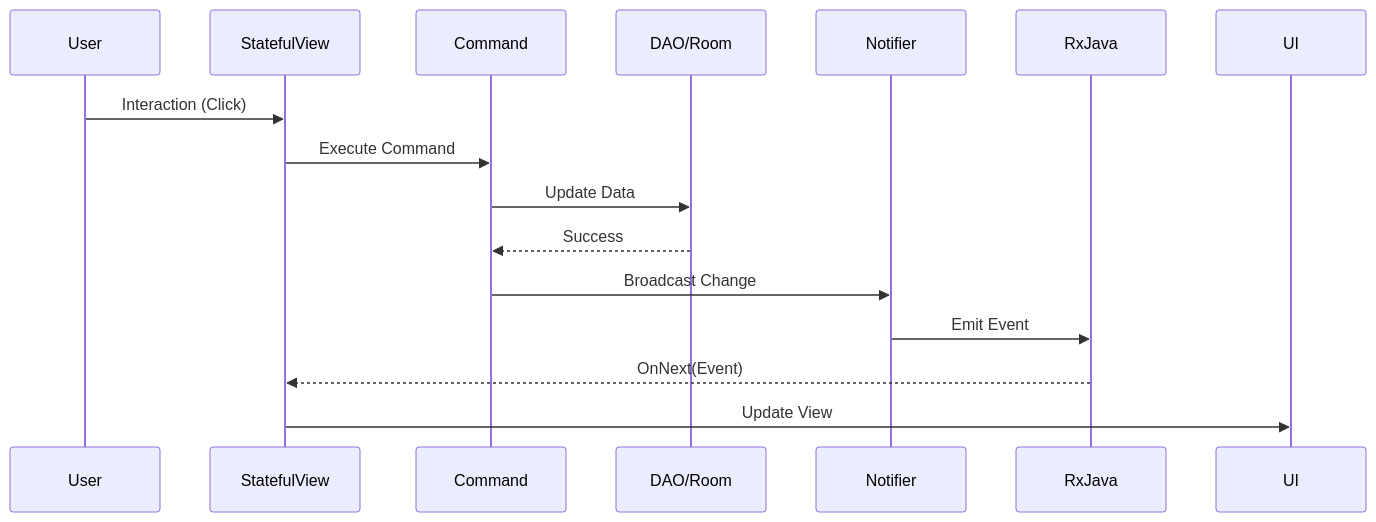
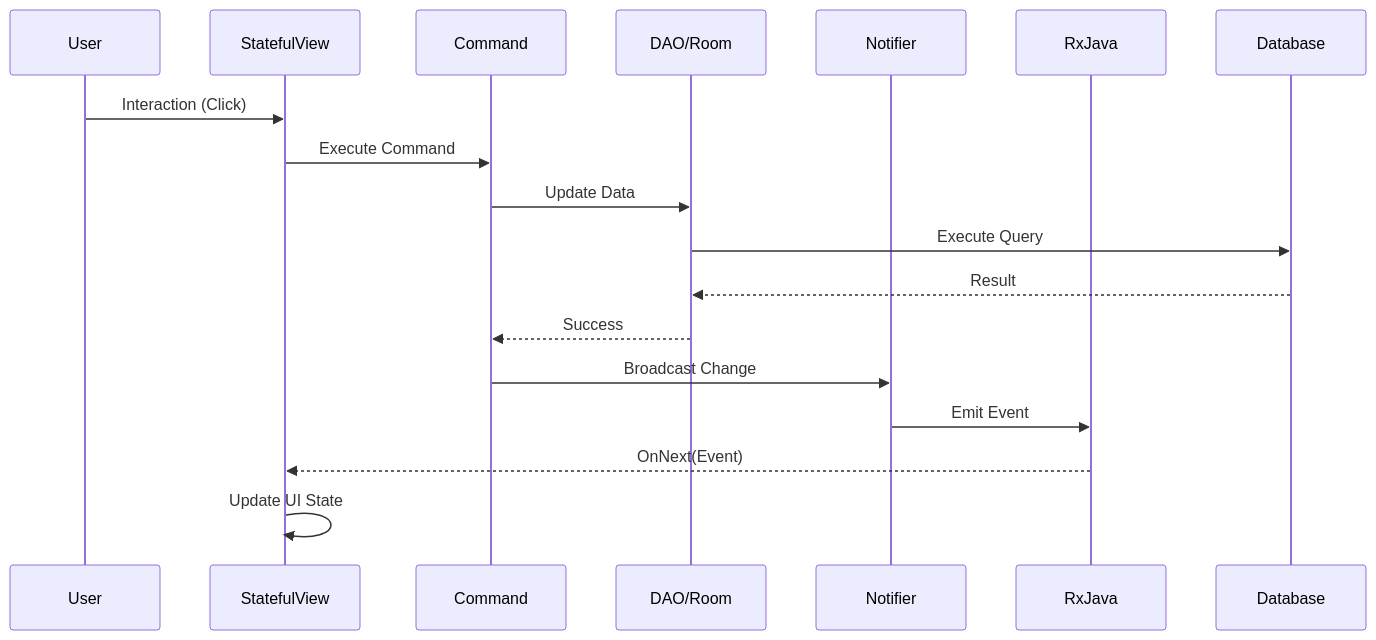
One commit to rh-id/a-flash-deck changed the sixth of 7 diagrams in README.md. Above: the diagram before and after it, drawn with Mermaid. The commit also changed other lines of this file, not shown here.

````diff
--- a/README.md
+++ b/README.md
@@ -137,18 +309,21 @@
 ```mermaid
 sequenceDiagram
     participant User
     participant SV as StatefulView
     participant Cmd as Command
     participant DAO as DAO/Room
     participant Notifier
     participant Rx as RxJava
+    participant DB as Database
 
     User->>SV: Interaction (Click)
     SV->>Cmd: Execute Command
     Cmd->>DAO: Update Data
+    DAO->>DB: Execute Query
+    DB-->>DAO: Result
     DAO-->>Cmd: Success
     Cmd->>Notifier: Broadcast Change
     Notifier->>Rx: Emit Event
     Rx-->>SV: OnNext(Event)
-    SV->>UI: Update View
+    SV->>SV: Update UI State
 ```
````
